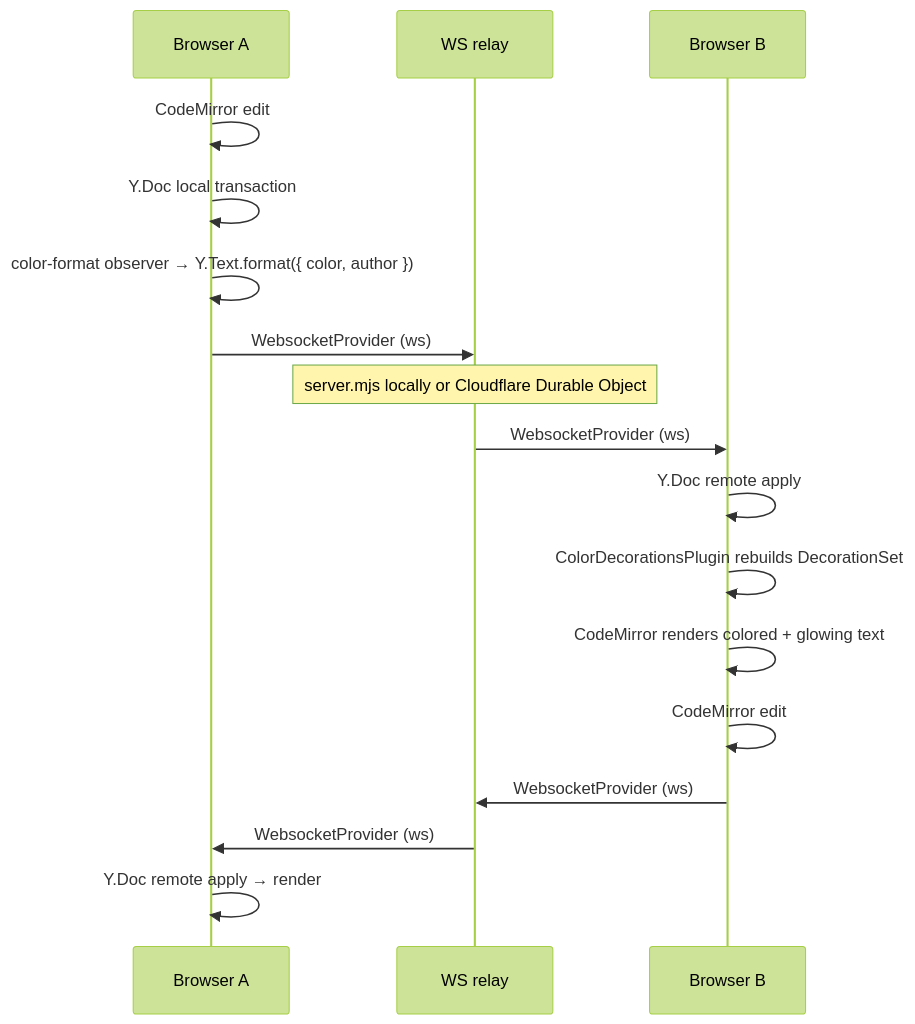
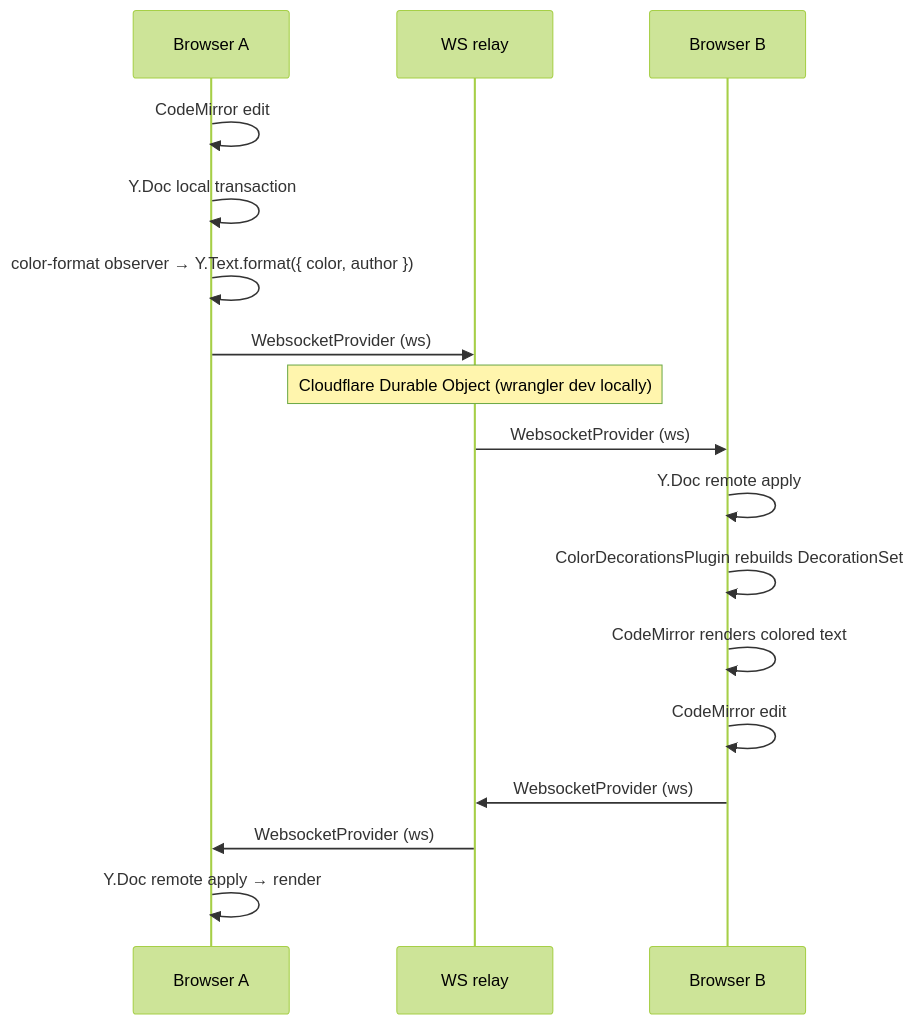
One commit to am/shake-gently changed the first of 2 diagrams in README.md. Above: the diagram before and after it, drawn with Mermaid (forest theme). The commit also changed other lines of this file and 6 other files, not shown here.

````diff
--- a/README.md
+++ b/README.md
@@ -55,21 +54,21 @@
 ```mermaid
 sequenceDiagram
     participant A as Browser A
     participant S as WS relay
     participant B as Browser B
 
     A->>A: CodeMirror edit
     A->>A: Y.Doc local transaction
     A->>A: color-format observer → Y.Text.format({ color, author })
     A->>S: WebsocketProvider (ws)
-    Note over S: server.mjs locally or Cloudflare Durable Object
+    Note over S: Cloudflare Durable Object (wrangler dev locally)
     S->>B: WebsocketProvider (ws)
     B->>B: Y.Doc remote apply
     B->>B: ColorDecorationsPlugin rebuilds DecorationSet
-    B->>B: CodeMirror renders colored + glowing text
+    B->>B: CodeMirror renders colored text
 
     B->>B: CodeMirror edit
     B->>S: WebsocketProvider (ws)
     S->>A: WebsocketProvider (ws)
     A->>A: Y.Doc remote apply → render
 ```
````
